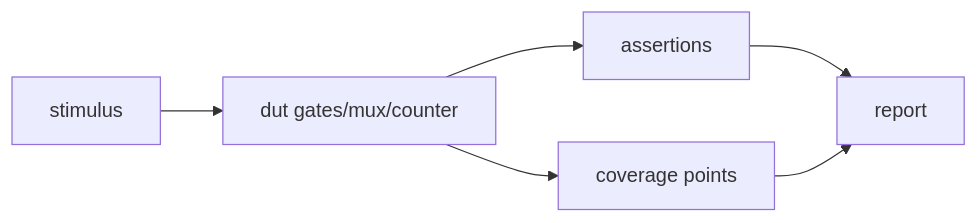
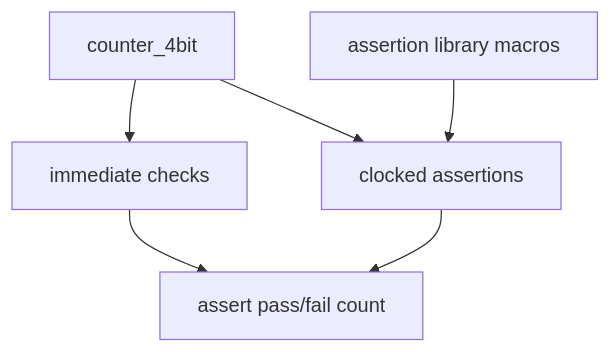
Before and after one commit to universal-verification-methodology/learn_verilator_iverilog: the diagram in media/module7/assets/diagrams/rtl_architecture.mmd, drawn with Mermaid. The commit also changed 1112 other files, not shown here.

```diff
--- a/media/module7/assets/diagrams/rtl_architecture.mmd
+++ b/media/module7/assets/diagrams/rtl_architecture.mmd
@@ -1,6 +1,6 @@
-flowchart LR
-  STIM[stimulus] --> DUT[dut gates/mux/counter]
-  DUT --> ASRT[assertions]
-  DUT --> COV[coverage points]
-  ASRT --> RPT[report]
-  COV --> RPT
+flowchart TB
+  DUT[counter_4bit] --> IMM[immediate checks]
+  DUT --> CLKAST[clocked assertions]
+  IMM --> LOG[assert pass/fail count]
+  CLKAST --> LOG
+  LIB[assertion library macros] --> CLKAST
```
